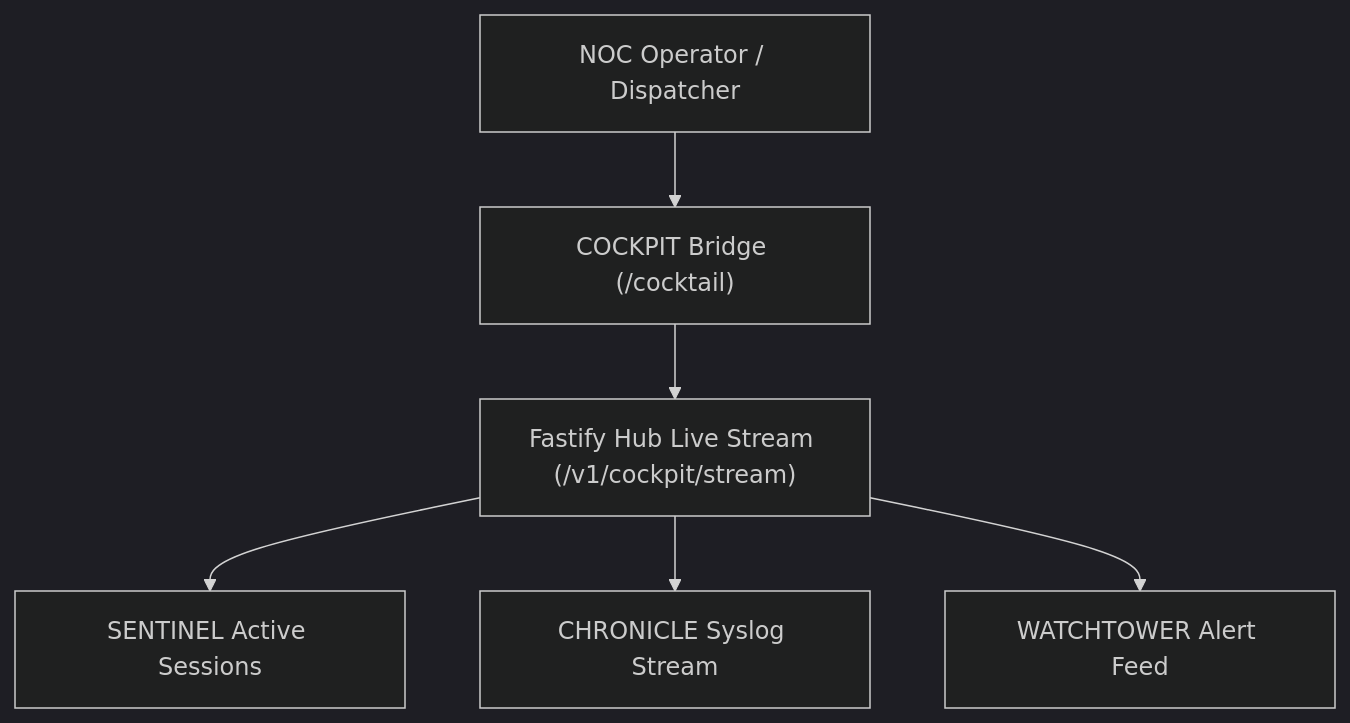
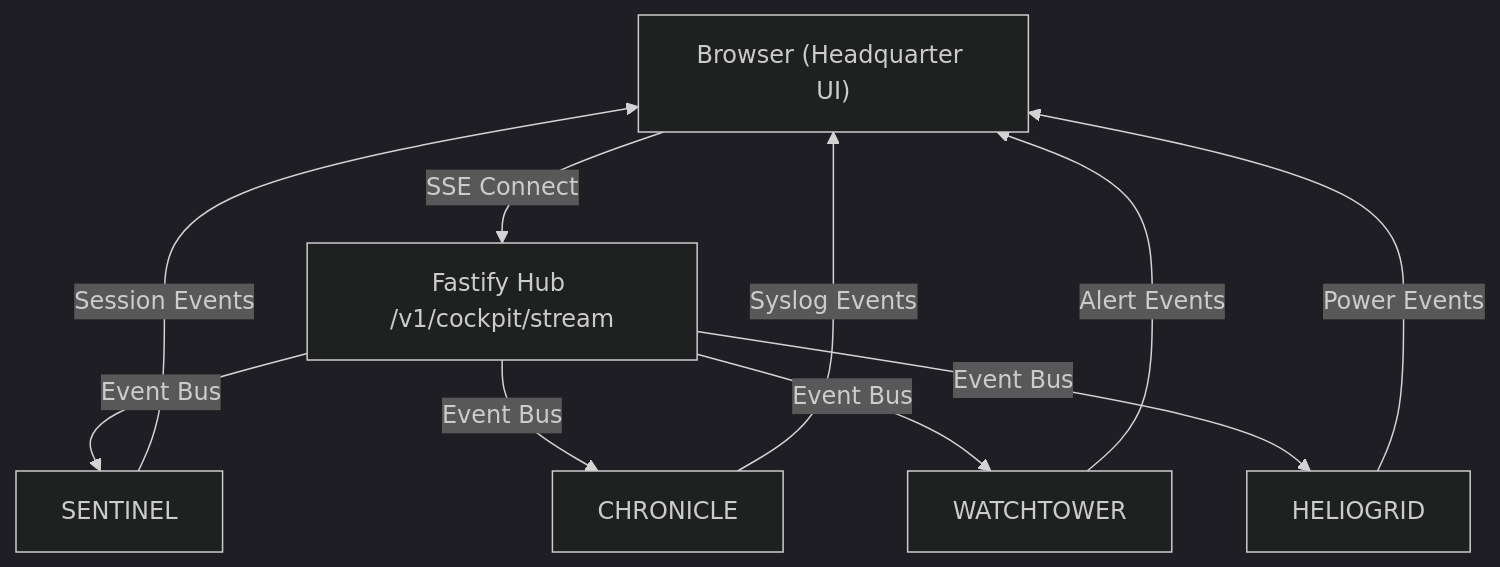
The diagram in .plans/20261104-0116-cockpit-realtime-operations-console/design.md (bjo163/A-L-L-A-H.COM), drawn with Mermaid (dark theme) before and after one commit. The commit also changed other lines of this file and 65 other files, not shown here.

````diff
--- a/.plans/20261104-0116-cockpit-realtime-operations-console/design.md
+++ b/.plans/20261104-0116-cockpit-realtime-operations-console/design.md
@@ -21,15 +30,12 @@
 ```mermaid
 flowchart TD
-    NOC["NOC Operator / Dispatcher"]
-    CockpitUI["COCKPIT Bridge (/cocktail)"]
-    SSE["Fastify Hub Live Stream (/v1/cockpit/stream)"]
-    Sentinel["SENTINEL Active Sessions"]
-    Chronicle["CHRONICLE Syslog Stream"]
-    Watchtower["WATCHTOWER Alert Feed"]
-
-    NOC --> CockpitUI
-    CockpitUI --> SSE
-    SSE --> Sentinel
-    SSE --> Chronicle
-    SSE --> Watchtower
+    Browser["Browser (Headquarter UI)"] -->|SSE Connect| SSE["Fastify Hub /v1/cockpit/stream"]
+    SSE -->|Event Bus| Sentinel["SENTINEL"]
+    SSE -->|Event Bus| Chronicle["CHRONICLE"]
+    SSE -->|Event Bus| Watchtower["WATCHTOWER"]
+    SSE -->|Event Bus| HelioGrid["HELIOGRID"]
+    Sentinel -->|Session Events| Browser
+    Chronicle -->|Syslog Events| Browser
+    Watchtower -->|Alert Events| Browser
+    HelioGrid -->|Power Events| Browser
 ```
````
